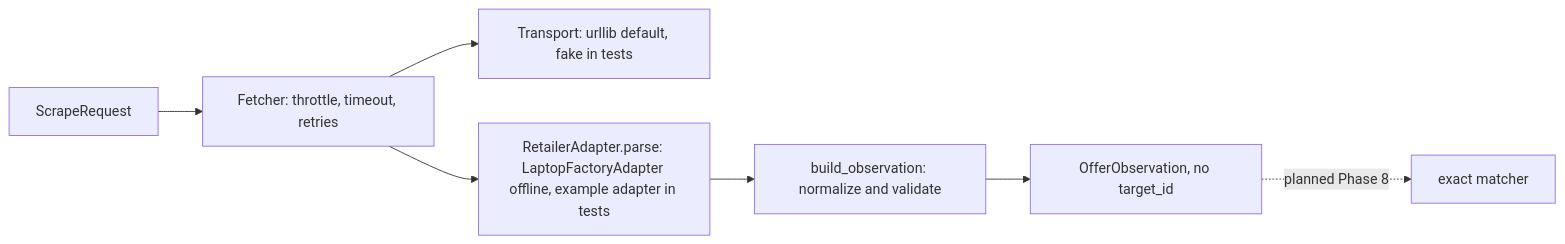
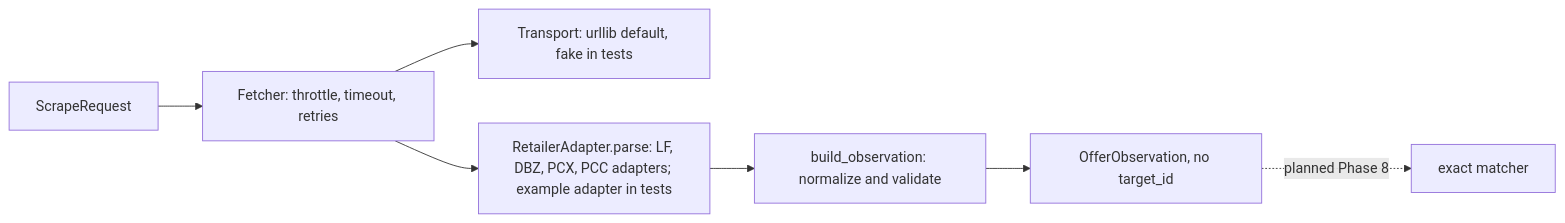
One commit to jarlericaa/laptop-price-tracker changed the second of 2 diagrams in docs/ARCHITECTURE.md. Above: the diagram before and after it, drawn with Mermaid. The commit also changed other lines of this file and 14 other files, not shown here.

````diff
--- a/docs/ARCHITECTURE.md
+++ b/docs/ARCHITECTURE.md
@@ -159,9 +161,9 @@
 ```mermaid
 flowchart LR
     RQ[ScrapeRequest] --> FE[Fetcher: throttle, timeout, retries]
     FE --> TR[Transport: urllib default, fake in tests]
-    FE --> AD[RetailerAdapter.parse: LaptopFactoryAdapter offline, example adapter in tests]
+    FE --> AD[RetailerAdapter.parse: LF, DBZ, PCX, PCC adapters; example adapter in tests]
     AD --> BO[build_observation: normalize and validate]
     BO --> OB[OfferObservation, no target_id]
     OB -. planned Phase 8 .-> MX[exact matcher]
 ```
````
